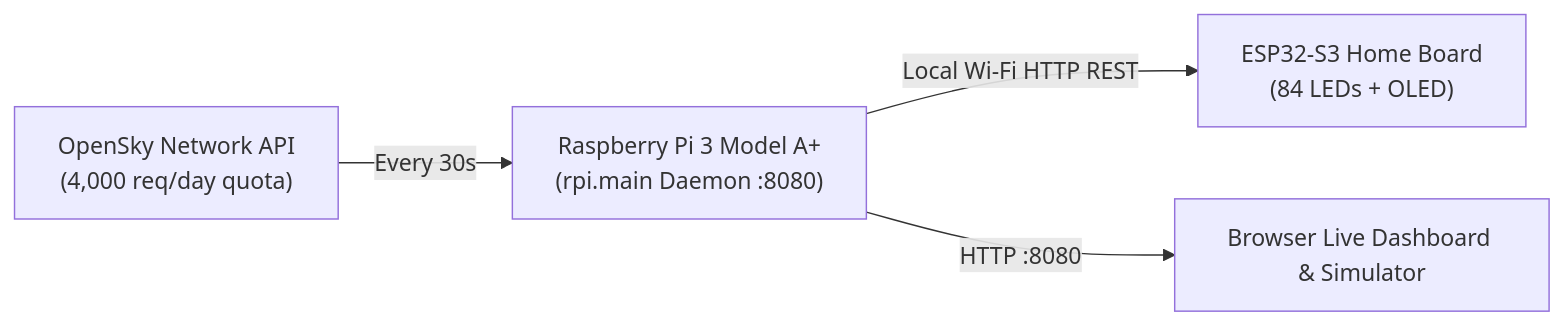
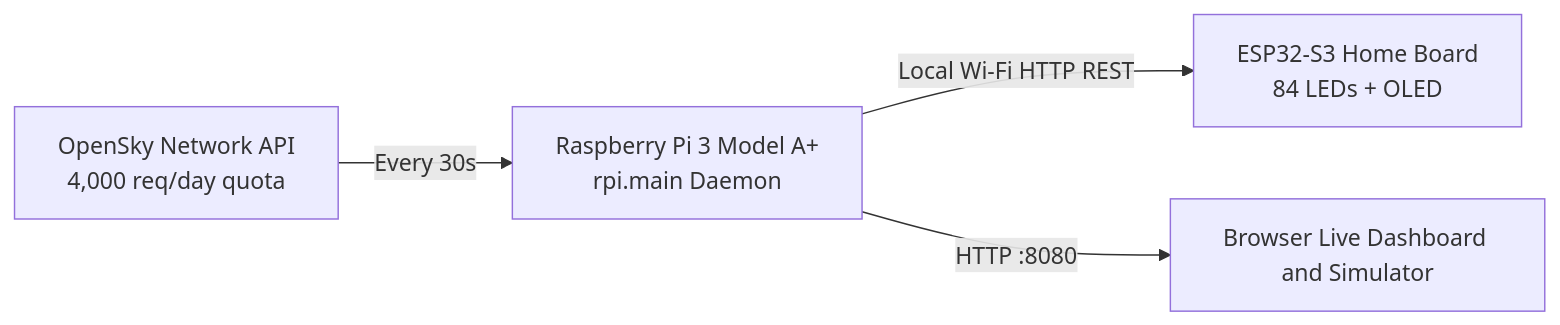
Before and after one commit to kenne839/MSP-Runway-Tracker: the second of 3 diagrams in README.md, drawn with Mermaid. The commit also changed other lines of this file, not shown here.

Commit message:
fix(docs): resolve GitHub Mermaid parser error and KaTeX underscore in math mode

````diff
--- a/README.md
+++ b/README.md
@@ -211,6 +211,6 @@
 ```mermaid
 flowchart LR
-    OS["OpenSky Network API<br/>(4,000 req/day quota)"] -->|Every 30s| PI["Raspberry Pi 3 Model A+<br/>(rpi.main Daemon :8080)"]
-    PI -->|Local Wi-Fi HTTP REST| ESP1["ESP32-S3 Home Board<br/>(84 LEDs + OLED)"]
-    PI -->|HTTP :8080| WEB["Browser Live Dashboard & Simulator"]
+    OS["OpenSky Network API<br/>4,000 req/day quota"] -->|"Every 30s"| PI["Raspberry Pi 3 Model A+<br/>rpi.main Daemon"]
+    PI -->|"Local Wi-Fi HTTP REST"| ESP1["ESP32-S3 Home Board<br/>84 LEDs + OLED"]
+    PI -->|"HTTP :8080"| WEB["Browser Live Dashboard and Simulator"]
 ```
````
